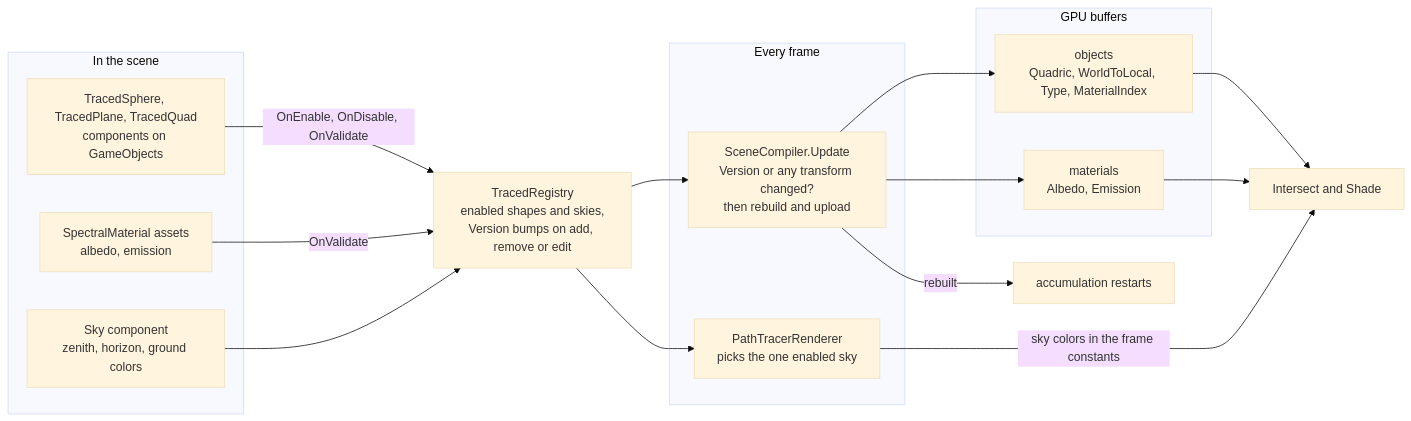
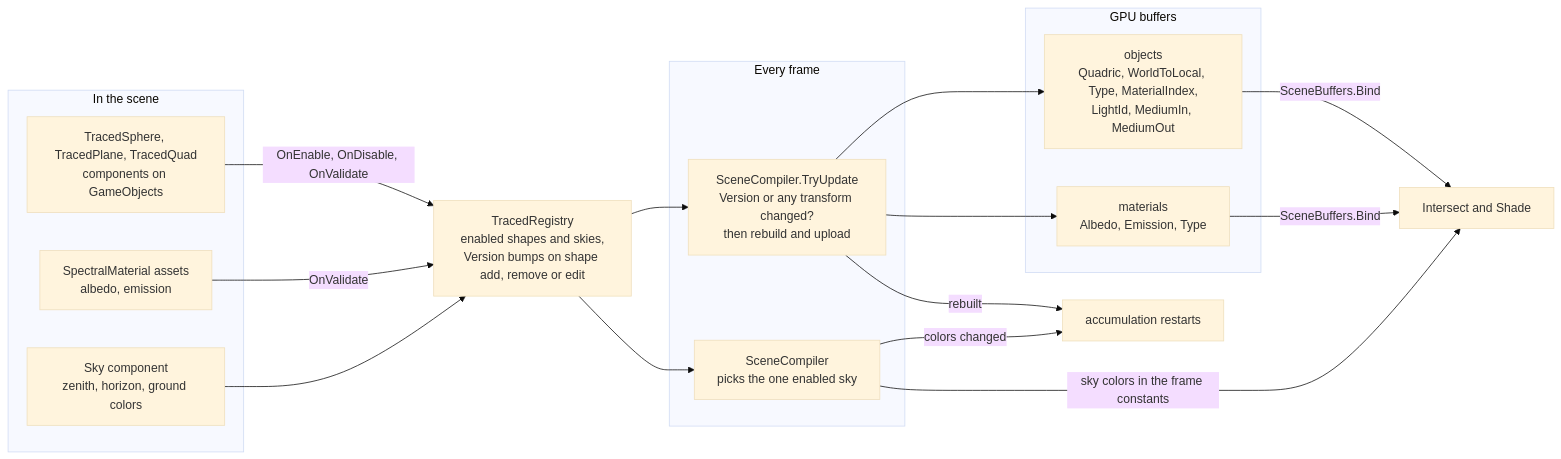
The diagram in Assets/SpectralPathTracer/Runtime/Scene/README.md (Privnoval016/SpectralPathTracer), drawn with Mermaid (base theme) before and after one commit. The commit also changed other lines of this file and 41 other files, not shown here.

First line of the commit message:
refactor(scene): own the scene GPU data, tables and sky in Scene

````diff
--- a/Assets/SpectralPathTracer/Runtime/Scene/README.md
+++ b/Assets/SpectralPathTracer/Runtime/Scene/README.md
@@ -6,32 +6,33 @@
 ```mermaid
 flowchart LR
     subgraph EDIT["In the scene"]
         shapes["TracedSphere, TracedPlane, TracedQuad<br/>components on GameObjects"]
         mats["SpectralMaterial assets<br/>albedo, emission"]
         sky["Sky component<br/>zenith, horizon, ground colors"]
     end
 
-    reg["TracedRegistry<br/>enabled shapes and skies,<br/>Version bumps on add, remove or edit"]
+    reg["TracedRegistry<br/>enabled shapes and skies,<br/>Version bumps on shape add, remove or edit"]
 
     subgraph FRAME["Every frame"]
-        comp["SceneCompiler.Update<br/>Version or any transform changed?<br/>then rebuild and upload"]
-        pass["PathTracerRenderer<br/>picks the one enabled sky"]
+        comp["SceneCompiler.TryUpdate<br/>Version or any transform changed?<br/>then rebuild and upload"]
+        pick["SceneCompiler<br/>picks the one enabled sky"]
     end
 
     subgraph GPU["GPU buffers"]
-        objs["objects<br/>Quadric, WorldToLocal, Type, MaterialIndex"]
-        mtab["materials<br/>Albedo, Emission"]
+        objs["objects<br/>Quadric, WorldToLocal, Type, MaterialIndex,<br/>LightId, MediumIn, MediumOut"]
+        mtab["materials<br/>Albedo, Emission, Type"]
     end
 
     shapes -- "OnEnable, OnDisable, OnValidate" --> reg
     mats -- "OnValidate" --> reg
     sky --> reg
     reg --> comp
-    reg --> pass
+    reg --> pick
     comp --> objs
     comp --> mtab
-    objs --> kernels["Intersect and Shade"]
-    mtab --> kernels
-    pass -- "sky colors in the frame constants" --> kernels
+    objs -- "SceneBuffers.Bind" --> kernels["Intersect and Shade"]
+    mtab -- "SceneBuffers.Bind" --> kernels
+    pick -- "sky colors in the frame constants" --> kernels
     comp -- "rebuilt" --> reset["accumulation restarts"]
+    pick -- "colors changed" --> reset
 ```
````
